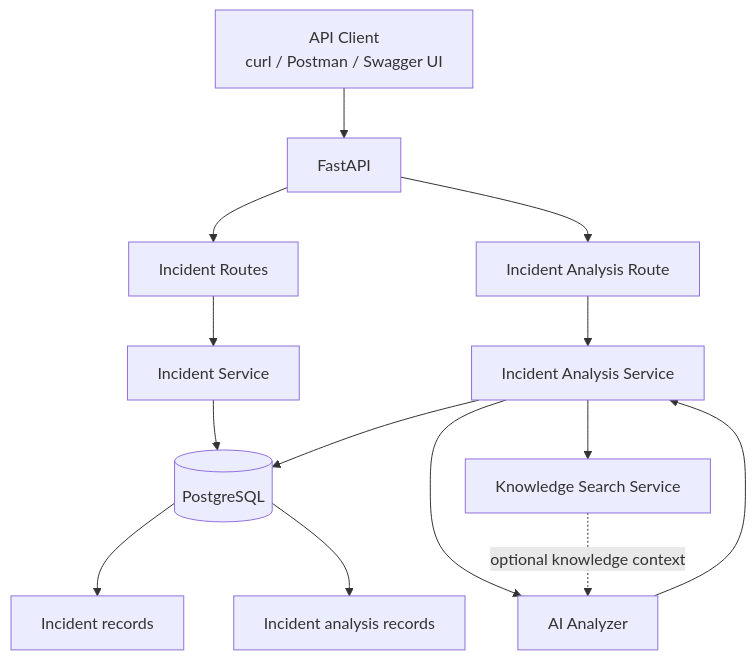
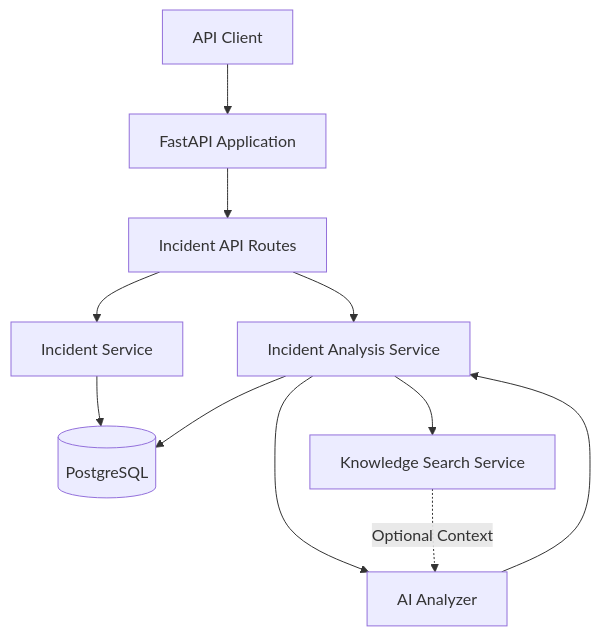
One commit to frankierosa/ai-incident-response-platform changed the first of 3 diagrams in README.md. Above: the diagram before and after it, drawn with Mermaid. The commit also changed other lines of this file, not shown here.

````diff
--- a/README.md
+++ b/README.md
@@ -101,16 +104,13 @@
 ```mermaid
 flowchart TD
-    Client[API Client<br/>curl / Postman / Swagger UI] --> API[FastAPI]
-    API --> IR[Incident Routes]
-    API --> AR[Incident Analysis Route]
-    IR --> IS[Incident Service]
-    IS --> DB[(PostgreSQL)]
-    AR --> AS[Incident Analysis Service]
-    AS --> KS[Knowledge Search Service]
-    AS --> Analyzer[AI Analyzer]
-    KS -. optional knowledge context .-> Analyzer
-    Analyzer --> AS
-    AS --> DB
-    DB --> IncidentRows[Incident records]
-    DB --> AnalysisRows[Incident analysis records]
+    Client[API Client] --> API[FastAPI Application]
+    API --> Routes[Incident API Routes]
+    Routes --> Service[Incident Service]
+    Service --> DB[(PostgreSQL)]
+    Routes --> Analysis[Incident Analysis Service]
+    Analysis --> Knowledge[Knowledge Search Service]
+    Analysis --> Analyzer[AI Analyzer]
+    Knowledge -. Optional Context .-> Analyzer
+    Analyzer --> Analysis
+    Analysis --> DB
 ```
````
